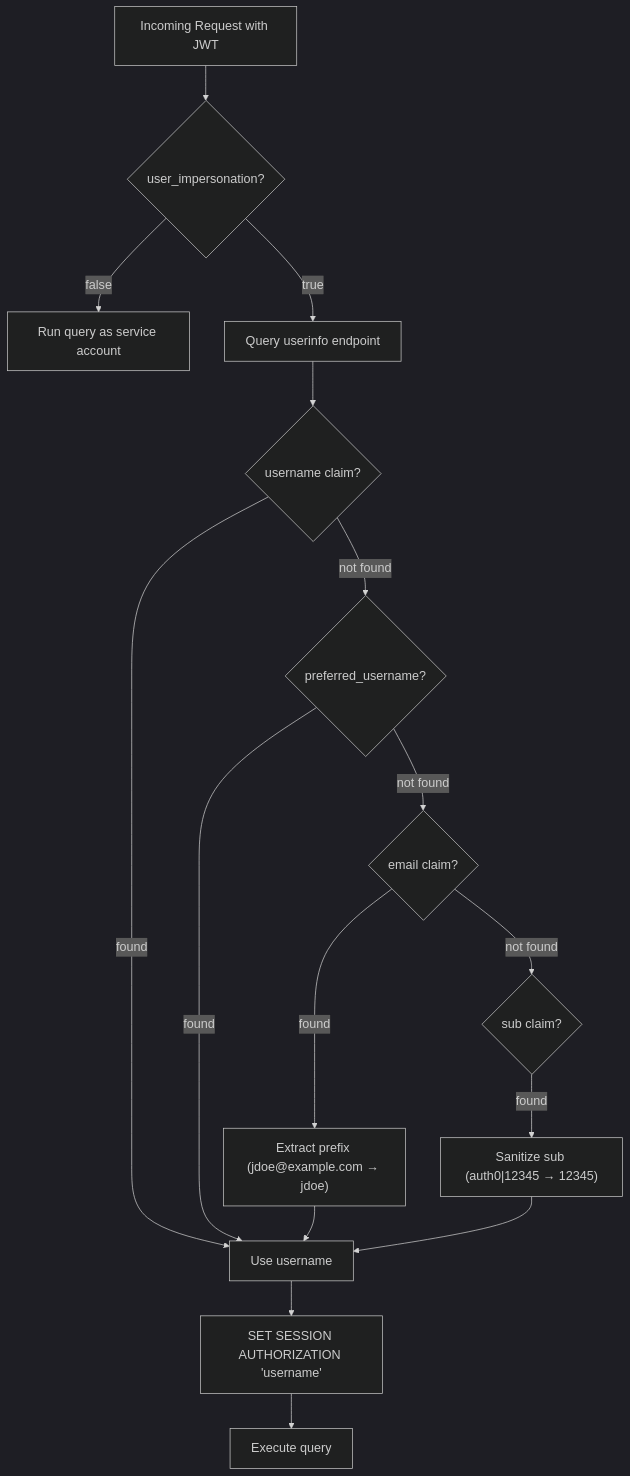
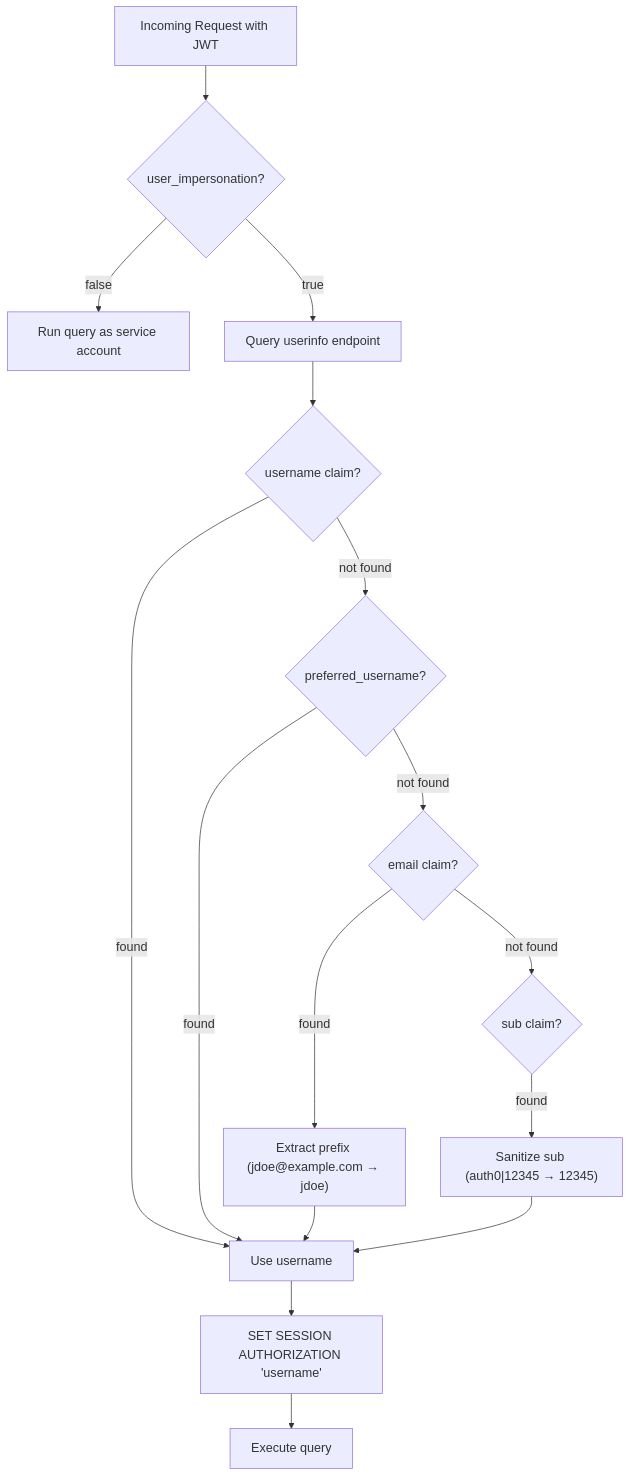
The second of 2 diagrams in docs/authentication/index.md (ActianCorp/mcp-server-docs), drawn with Mermaid before and after one commit. The commit also changed other lines of this file and 17 other files, not shown here.

````diff
--- a/docs/authentication/index.md
+++ b/docs/authentication/index.md
@@ -93,19 +97,19 @@
 ```mermaid
-%%{init: {'theme': 'dark', 'themeVariables': {'fontSize': '18px', 'fontFamily': 'arial'}}}%%
+%%{init: {'theme': 'default', 'themeVariables': {'fontSize': '18px', 'fontFamily': 'arial'}}}%%
 flowchart TD
     A[Incoming Request with JWT] --> B{user_impersonation?}
     B -- false --> C[Run query as service account]
     B -- true --> D[Query userinfo endpoint]
     D --> E{username claim?}
     E -- found --> K[Use username]
     E -- not found --> F{preferred_username?}
     F -- found --> K
     F -- not found --> G{email claim?}
     G -- found --> H["Extract prefix (jdoe@example.com → jdoe)"]
     H --> K
     G -- not found --> I{sub claim?}
     I -- found --> J["Sanitize sub (auth0|12345 → 12345)"]
     J --> K
     K --> L["SET SESSION AUTHORIZATION 'username'"]
     L --> M[Execute query]
 ```
````
